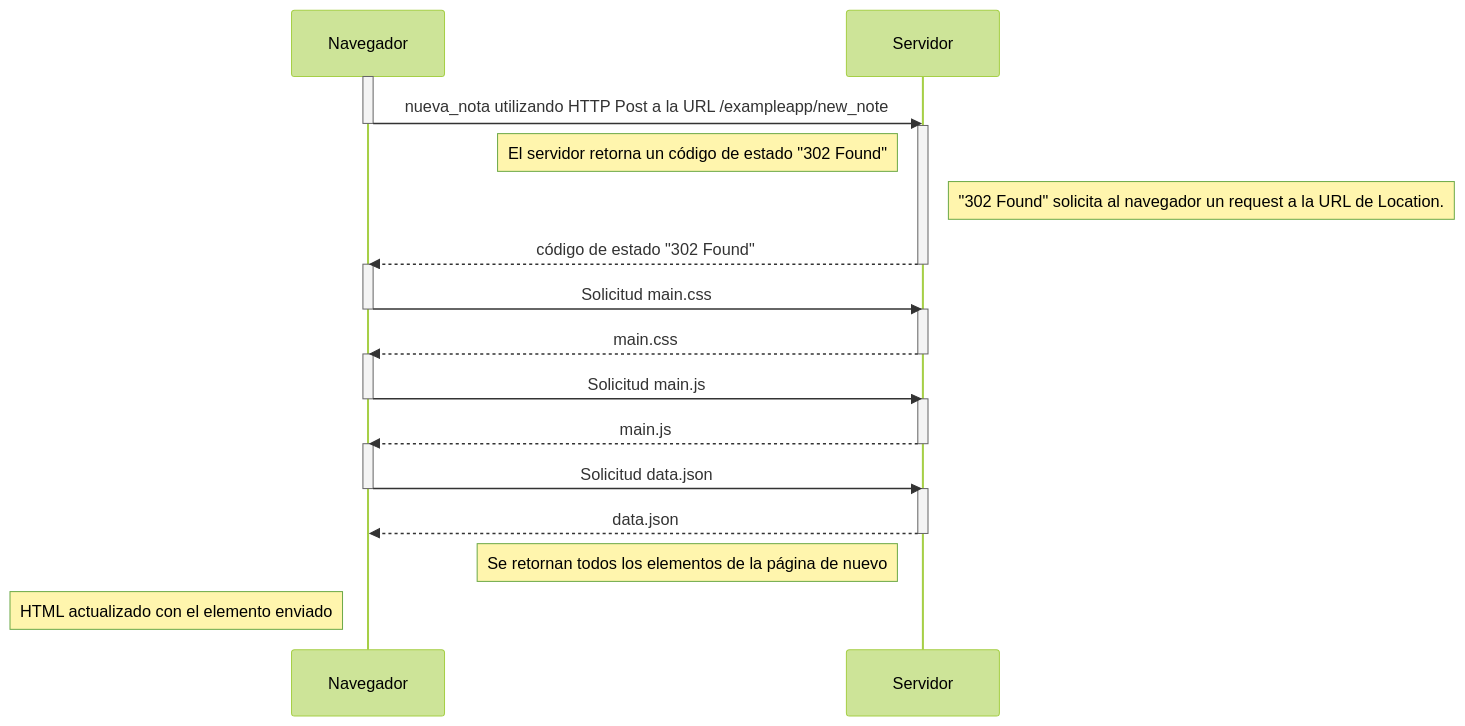
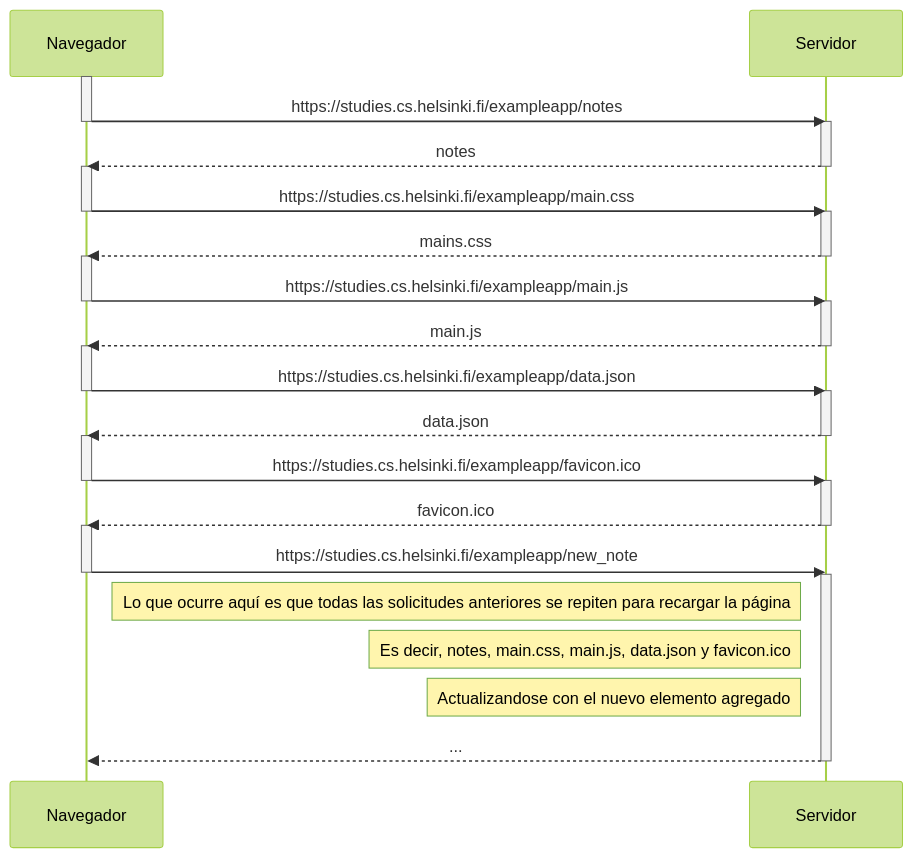
The diagram in part0/diagrama_secuencia_0.4.md (inf-rober/full-stack-open), drawn with Mermaid (forest theme) before and after one commit.

````diff
--- a/part0/diagrama_secuencia_0.4.md
+++ b/part0/diagrama_secuencia_0.4.md
@@ -1,33 +1,44 @@
 ```mermaid
 sequenceDiagram
     participant Navegador
     participant Servidor
-    activate Navegador
-    Navegador->>Servidor: nueva_nota utilizando HTTP Post a la URL /exampleapp/new_note
-    deactivate Navegador
-    activate Servidor
-    Note left of Servidor: El servidor retorna un código de estado "302 Found"
-    Note right of Servidor: "302 Found" solicita al navegador un request a la URL de Location.
-    Servidor-->> Navegador: código de estado "302 Found" 
-    deactivate Servidor
-    activate Navegador
-    Navegador->>Servidor: Solicitud main.css
-    deactivate Navegador
-    activate Servidor
-    Servidor-->>Navegador: main.css
-    deactivate Servidor
-    activate Navegador
-    Navegador->>Servidor: Solicitud main.js
-    deactivate Navegador
-    activate Servidor
-    Servidor-->>Navegador: main.js
-    deactivate Servidor
-    activate Navegador
-    Navegador->>Servidor: Solicitud data.json
-    deactivate Navegador
-    activate Servidor
-    Servidor-->>Navegador: data.json
-    deactivate Servidor
-    Note left of Servidor: Se retornan todos los elementos de la página de nuevo
-    Note left of Navegador: HTML actualizado con el elemento enviado
+        activate Navegador
+            Navegador->>Servidor: https://studies.cs.helsinki.fi/exampleapp/notes
+        deactivate Navegador
+        activate Servidor
+            Servidor-->>Navegador: notes
+        deactivate Servidor
+        activate Navegador
+            Navegador->>Servidor: https://studies.cs.helsinki.fi/exampleapp/main.css
+        deactivate Navegador
+        activate Servidor
+            Servidor-->>Navegador: mains.css
+        deactivate Servidor
+        activate Navegador
+            Navegador->>Servidor: https://studies.cs.helsinki.fi/exampleapp/main.js
+        deactivate Navegador
+        activate Servidor
+            Servidor-->>Navegador: main.js
+        deactivate Servidor
+        activate Navegador
+            Navegador->>Servidor: https://studies.cs.helsinki.fi/exampleapp/data.json
+        deactivate Navegador
+        activate Servidor
+            Servidor-->>Navegador: data.json
+        deactivate Servidor
+        activate Navegador
+            Navegador->>Servidor: https://studies.cs.helsinki.fi/exampleapp/favicon.ico
+        deactivate Navegador
+        activate Servidor
+            Servidor-->>Navegador: favicon.ico
+        deactivate Servidor
+        activate Navegador
+            Navegador->>Servidor: https://studies.cs.helsinki.fi/exampleapp/new_note
+        deactivate Navegador
+        activate Servidor
+            Note left of Servidor: Lo que ocurre aquí es que todas las solicitudes anteriores se repiten para recargar la página
+            Note left of Servidor: Es decir, notes, main.css, main.js, data.json y favicon.ico 
+            Note left of Servidor: Actualizandose con el nuevo elemento agregado
+            Servidor-->>Navegador: ...
+        deactivate Servidor
 ```
````
